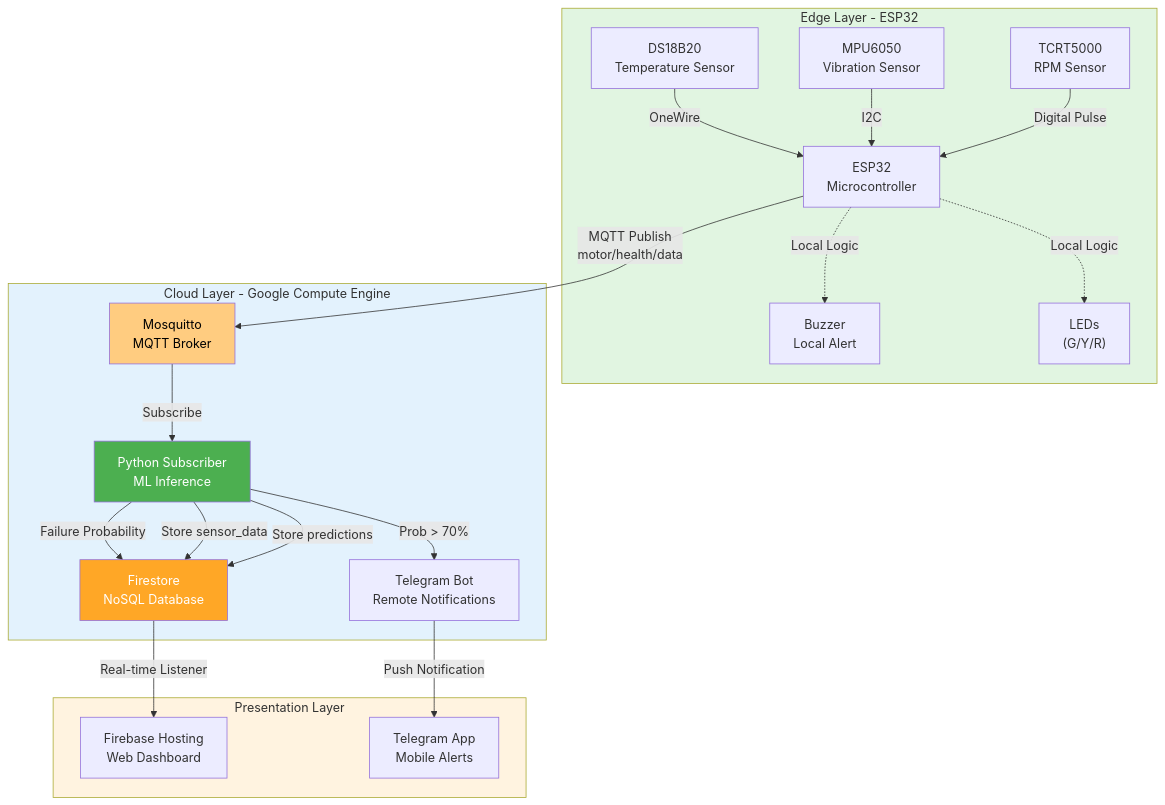
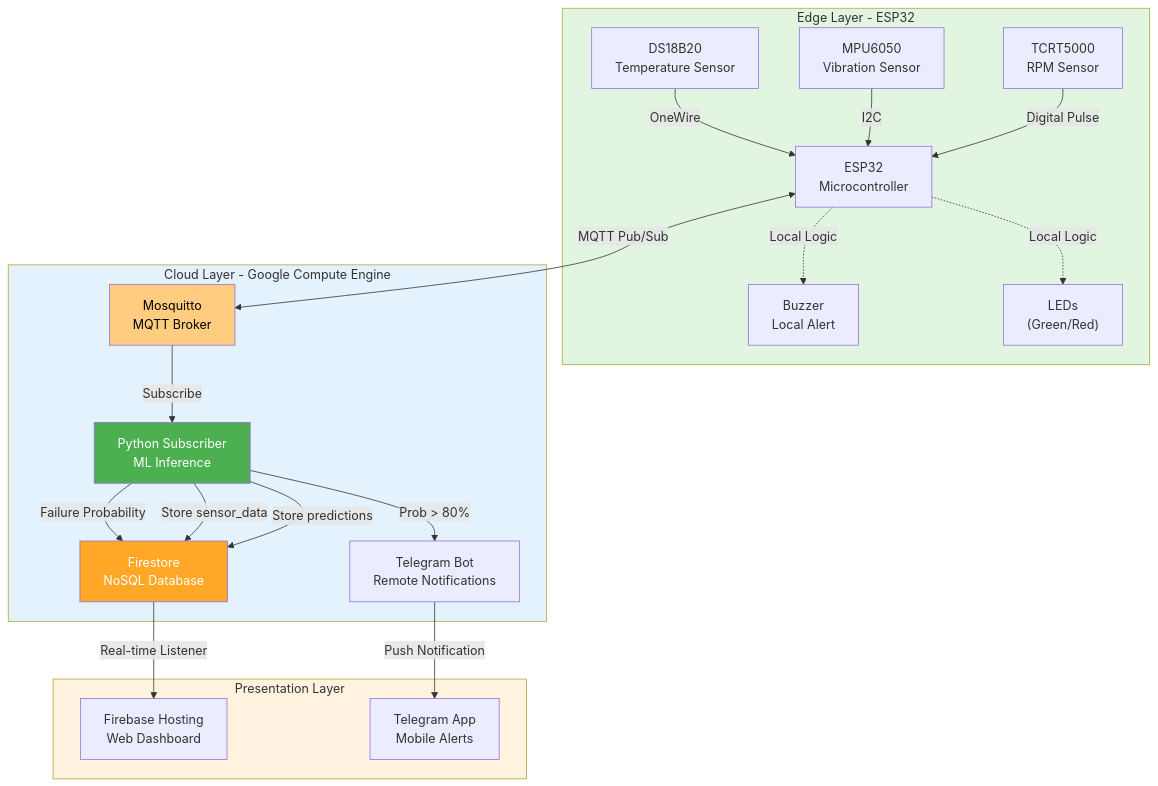
One commit to juin03/CPC357-IOT-Project changed the diagram in report.md. Above: the diagram before and after it, drawn with Mermaid. The commit also changed 1 other file, not shown here.

````diff
--- a/report.md
+++ b/report.md
@@ -145,48 +145,48 @@
 ```mermaid
 graph TB
     subgraph Edge["Edge Layer - ESP32"]
         S1["DS18B20<br/>Temperature Sensor"]
         S2["MPU6050<br/>Vibration Sensor"]
         S3["TCRT5000<br/>RPM Sensor"]
         ESP["ESP32<br/>Microcontroller"]
         BUZ["Buzzer<br/>Local Alert"]
-        LED["LEDs<br/>(G/Y/R)"]
+        LED["LEDs<br/>(Green/Red)"]
     end
     
     subgraph Cloud["Cloud Layer - Google Compute Engine"]
         MQTT["Mosquitto<br/>MQTT Broker"]
         SUB["Python Subscriber<br/>ML Inference"]
         FS["Firestore<br/>NoSQL Database"]
         TG["Telegram Bot<br/>Remote Notifications"]
     end
     
     subgraph UI["Presentation Layer"]
         DASH["Firebase Hosting<br/>Web Dashboard"]
         MOB["Telegram App<br/>Mobile Alerts"]
     end
     
     S1 -->|"OneWire"| ESP
     S2 -->|"I2C"| ESP
     S3 -->|"Digital Pulse"| ESP
     
-    ESP -->|"MQTT Publish<br/>motor/health/data"| MQTT
+    ESP <-->|"MQTT Pub/Sub"| MQTT
     MQTT -->|"Subscribe"| SUB
     SUB -->|"Failure Probability"| FS
     
     SUB -->|"Store sensor_data"| FS
     SUB -->|"Store predictions"| FS
-    SUB -->|"Prob > 70%"| TG
+    SUB -->|"Prob > 80%"| TG
     
     ESP -.->|"Local Logic"| BUZ
     ESP -.->|"Local Logic"| LED
     
     FS -->|"Real-time Listener"| DASH
     TG -->|"Push Notification"| MOB
     
     style Edge fill:#e1f5e1
     style Cloud fill:#e3f2fd
     style UI fill:#fff3e0
     style MQTT fill:#ffcc80,color:#000
     style SUB fill:#4CAF50,color:#fff
     style FS fill:#FFA726,color:#fff
 ```
````
